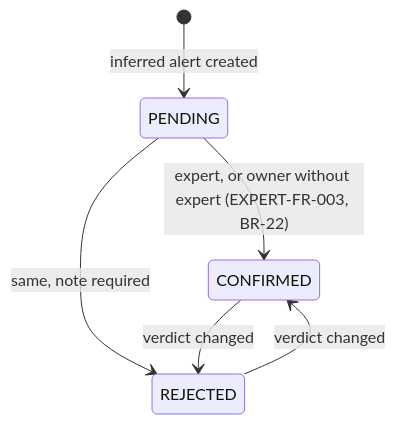
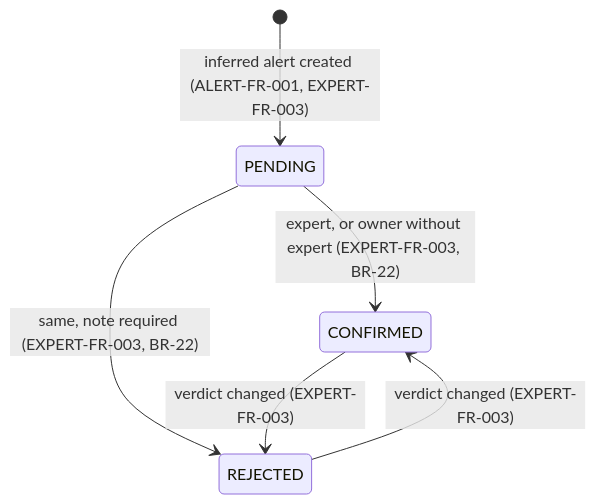
One commit to NBao261/SwiftletCare_KLTN changed the sixth of 40 diagrams in docs/reports/report4-sdd.md. Above: the diagram before and after it, drawn with Mermaid. The commit also changed other lines of this file and 5 other files, not shown here.

````diff
--- a/docs/reports/report4-sdd.md
+++ b/docs/reports/report4-sdd.md
@@ -1055,8 +1061,8 @@
 ```mermaid
 stateDiagram-v2
-  [*] --> PENDING : inferred alert created
+  [*] --> PENDING : inferred alert created (ALERT-FR-001, EXPERT-FR-003)
   PENDING --> CONFIRMED : expert, or owner without expert (EXPERT-FR-003, BR-22)
-  PENDING --> REJECTED : same, note required
-  CONFIRMED --> REJECTED : verdict changed
-  REJECTED --> CONFIRMED : verdict changed
+  PENDING --> REJECTED : same, note required (EXPERT-FR-003, BR-22)
+  CONFIRMED --> REJECTED : verdict changed (EXPERT-FR-003)
+  REJECTED --> CONFIRMED : verdict changed (EXPERT-FR-003)
 ```
````
